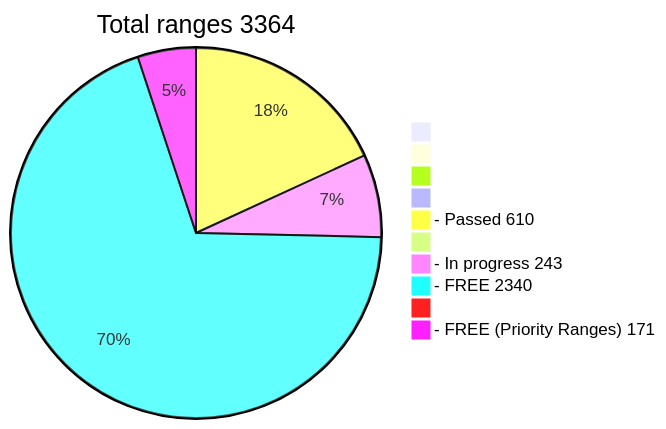
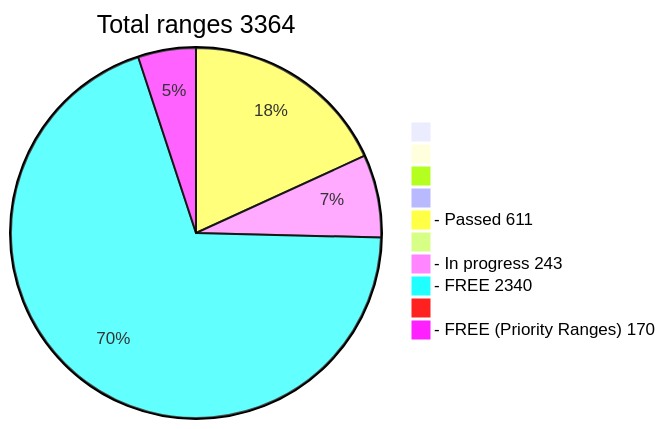
Before and after one commit to phrutis/wif500: the diagram in README.md, drawn with Mermaid.

````diff
--- a/README.md
+++ b/README.md
@@ -16,13 +16,13 @@
 ```mermaid
 pie title Total ranges 3364
              " " : 0
             "  " : 0
            "   " : 0
           "    " : 0
-  "- Passed 610" : 610
+  "- Passed 611" : 611
          "     " : 0
   "- In progress 243" : 243
    "- FREE 2340" : 2340
         "      " : 0
-  "- FREE (Priority Ranges) 171" : 171
+  "- FREE (Priority Ranges) 170" : 170
 ```
````
